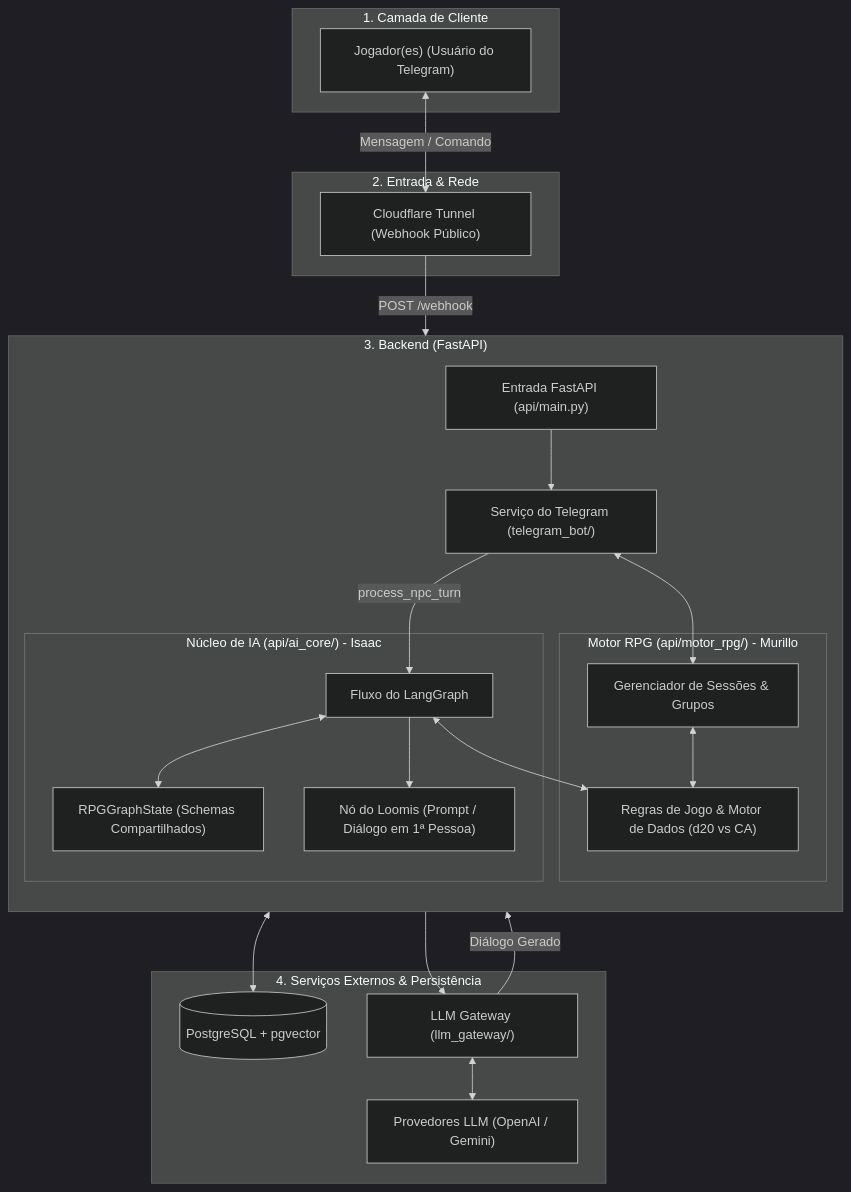
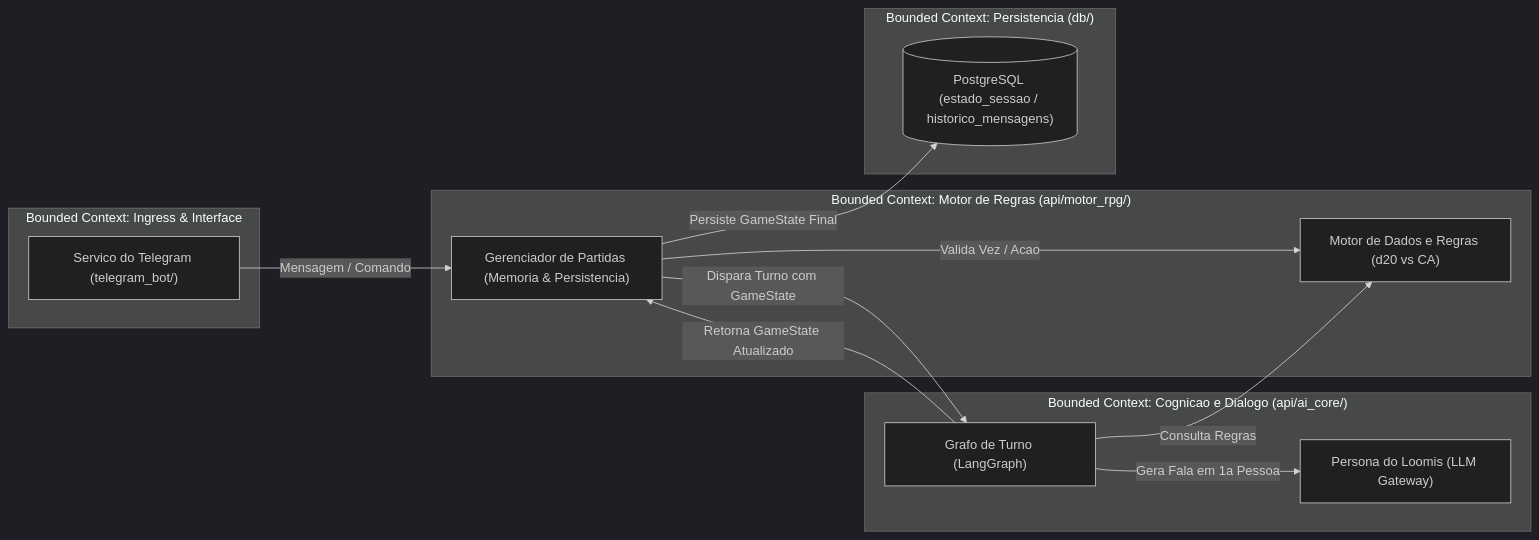
Before and after one commit to gradprojetos/ai-npc: the first of 4 diagrams in docs/architecture.md, drawn with Mermaid (dark theme). The commit also changed other lines of this file and 3 other files, not shown here.

Commit message:
docs: update architecture, game rules and integration next steps

````diff
--- a/docs/architecture.md
+++ b/docs/architecture.md
@@ -11,50 +11,28 @@
 ```mermaid
-flowchart TD
-    subgraph CamadaCliente["1. Camada de Cliente"]
-        User["Jogador(es) (Usuário do Telegram)"]
+flowchart LR
+    subgraph BC_Telegram["Bounded Context: Ingress & Interface"]
+        TelegramBot["Servico do Telegram (telegram_bot/)"]
     end
 
-    subgraph CamadaIngress["2. Entrada & Rede"]
-        Cloudflare["Cloudflare Tunnel (Webhook Público)"]
+    subgraph BC_MotorRPG["Bounded Context: Motor de Regras (api/motor_rpg/)"]
+        RulesEngine["Motor de Dados e Regras (d20 vs CA)"]
+        SessionMgr["Gerenciador de Partidas (Memoria & Persistencia)"]
     end
 
-    subgraph CamadaBackend["3. Backend (FastAPI)"]
-        direction TB
-        Main["Entrada FastAPI (api/main.py)"]
-        BotService["Serviço do Telegram (telegram_bot/)"]
-        
-        subgraph MotorRPG["Motor RPG (api/motor_rpg/) - Murillo"]
-            Session["Gerenciador de Sessões & Grupos"]
-            Rules["Regras de Jogo & Motor de Dados (d20 vs CA)"]
-        end
-
-        subgraph AICore["Núcleo de IA (api/ai_core/) - Isaac"]
-            GraphState["RPGGraphState (Schemas Compartilhados)"]
-            LangGraph["Fluxo do LangGraph"]
-            LoomisNode["Nó do Loomis (Prompt / Diálogo em 1ª Pessoa)"]
-        end
+    subgraph BC_Cognitivo["Bounded Context: Cognicao e Dialogo (api/ai_core/)"]
+        TurnGraph["Grafo de Turno (LangGraph)"]
+        LoomisNPC["Persona do Loomis (LLM Gateway)"]
     end
 
-    subgraph ServicosExternos["4. Serviços Externos & Persistência"]
-        DB[(PostgreSQL + pgvector)]
-        Gateway["LLM Gateway (llm_gateway/)"]
-        LLM["Provedores LLM (OpenAI / Gemini)"]
+    subgraph BC_Persistencia["Bounded Context: Persistencia (db/)"]
+        PostgreSQL[("PostgreSQL (estado_sessao / historico_mensagens)")]
     end
 
-    %% Conexões
-    User <-->|Mensagem / Comando| Cloudflare
-    Cloudflare -->|POST /webhook| Main
-    Main --> BotService
-    BotService <--> Session
-    Session <--> Rules
-    Session <--> DB
-
-    %% Ciclo de IA
-    BotService -->|process_npc_turn| LangGraph
-    LangGraph <--> GraphState
-    LangGraph <--> Rules
-    LangGraph --> LoomisNode
-    LoomisNode --> Gateway
-    Gateway <--> LLM
-    Gateway -->|Diálogo Gerado| BotService
+    TelegramBot -->|Mensagem / Comando| SessionMgr
+    SessionMgr -->|Valida Vez / Acao| RulesEngine
+    SessionMgr -->|Dispara Turno com GameState| TurnGraph
+    TurnGraph -->|Consulta Regras| RulesEngine
+    TurnGraph -->|Gera Fala em 1a Pessoa| LoomisNPC
+    TurnGraph -->|Retorna GameState Atualizado| SessionMgr
+    SessionMgr -->|Persiste GameState Final| PostgreSQL
 ```
````
